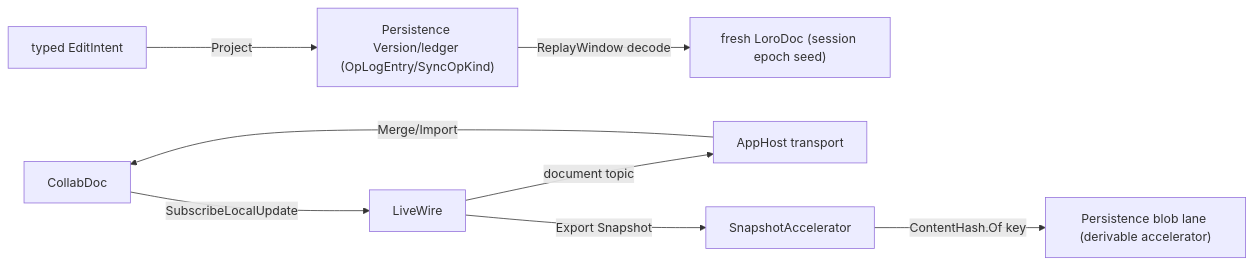
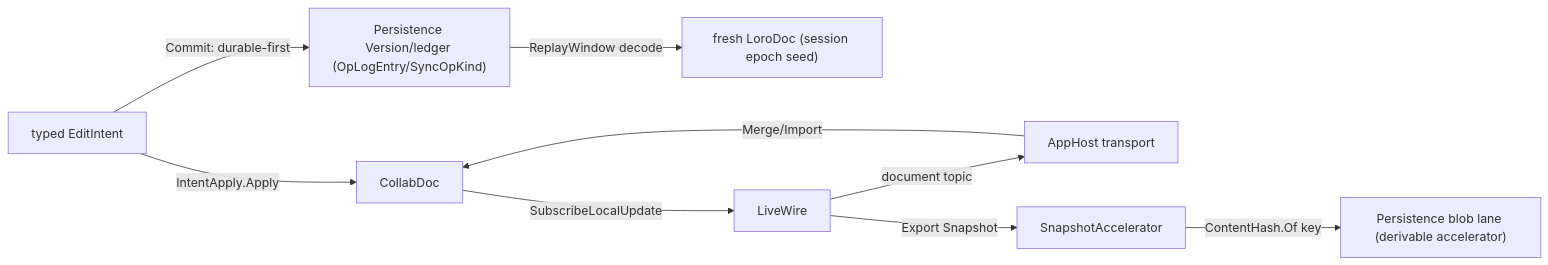
The first of 2 diagrams in libs/csharp/Rasm.AppUi/.planning/Collab/sync.md (bsamiee/Rasm), drawn with Mermaid before and after one commit. The commit also changed other lines of this file and 43 other files, not shown here.

````diff
--- a/libs/csharp/Rasm.AppUi/.planning/Collab/sync.md
+++ b/libs/csharp/Rasm.AppUi/.planning/Collab/sync.md
@@ -290,10 +381,11 @@
 ```mermaid
 flowchart LR
-    Edit[typed EditIntent] -->|Project| Ledger["Persistence Version/ledger (OpLogEntry/SyncOpKind)"]
+    Edit[typed EditIntent] -->|Commit: durable-first| Ledger["Persistence Version/ledger (OpLogEntry/SyncOpKind)"]
+    Edit -->|IntentApply.Apply| CollabDoc
     Ledger -->|ReplayWindow decode| Fresh["fresh LoroDoc (session epoch seed)"]
     CollabDoc -->|SubscribeLocalUpdate| LiveWire
     LiveWire -->|document topic| Transport["AppHost transport"]
     Transport -->|Merge/Import| CollabDoc
     LiveWire -->|Export Snapshot| SnapshotAccelerator
     SnapshotAccelerator -->|ContentHash.Of key| Blob["Persistence blob lane (derivable accelerator)"]
 ```
````
